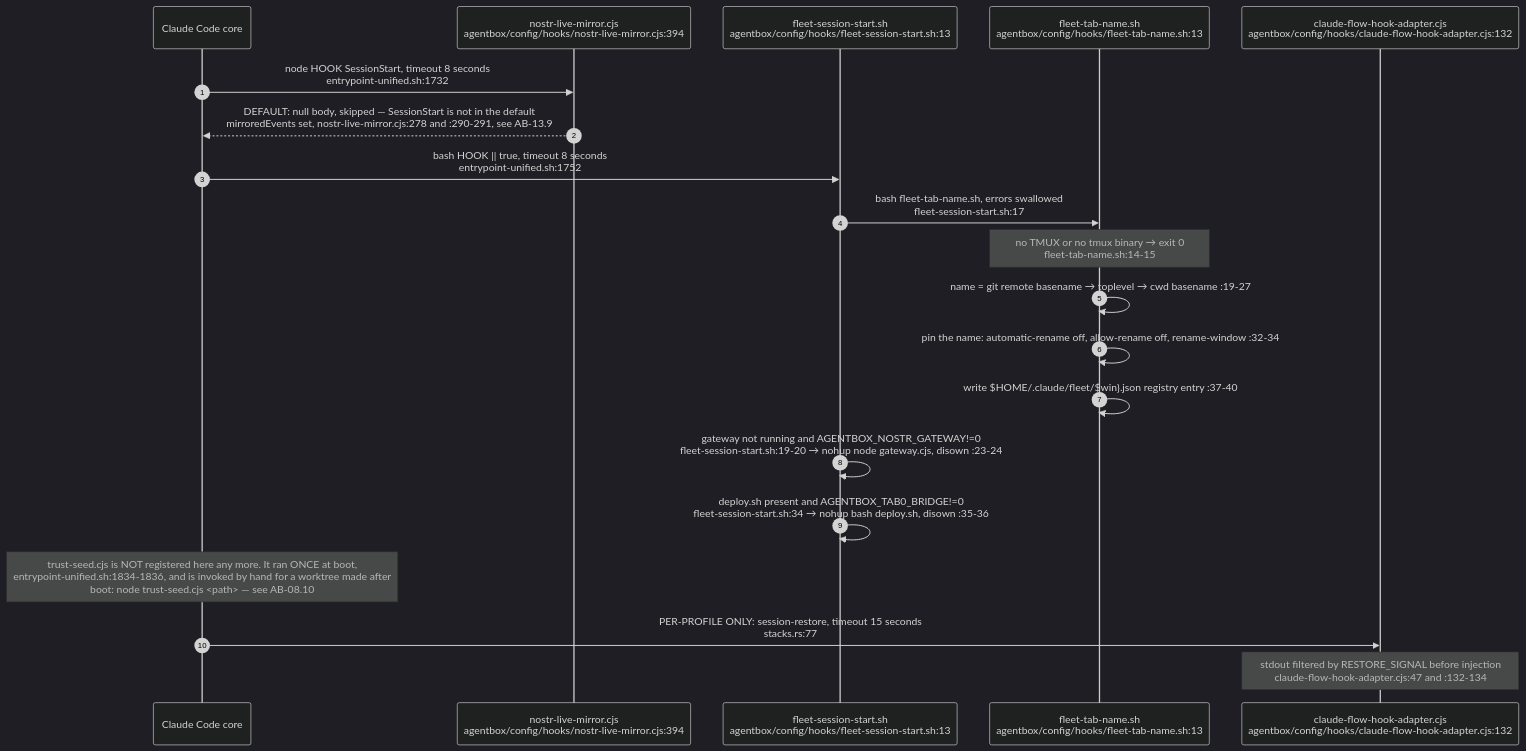
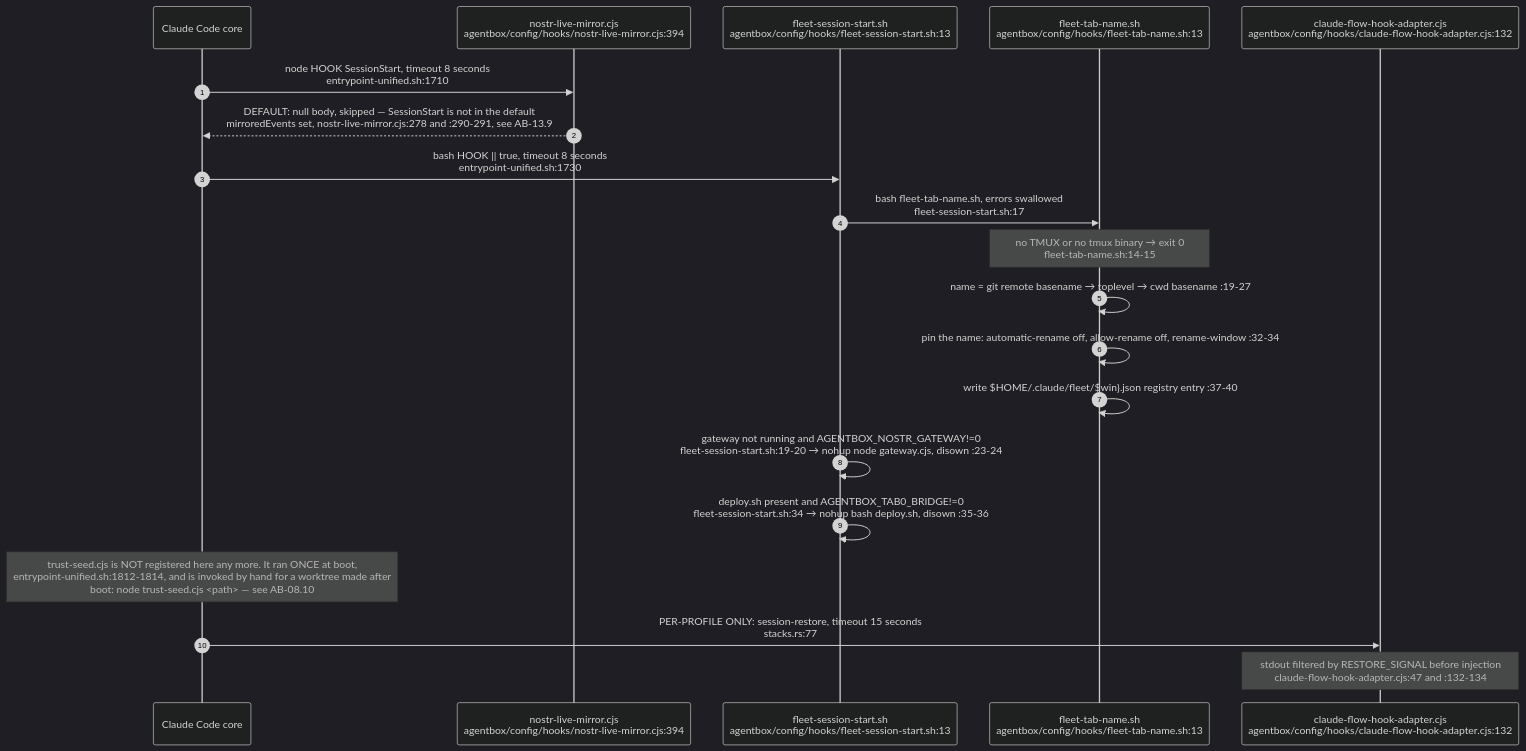
Before and after one commit to DreamLab-AI/VisionFlow: the fourth of 13 diagrams in docs/diagrams/agentbox/08-hooks-pipeline.md, drawn with Mermaid (dark theme). The commit also changed other lines of this file and 145 other files, not shown here.

````diff
--- a/docs/diagrams/agentbox/08-hooks-pipeline.md
+++ b/docs/diagrams/agentbox/08-hooks-pipeline.md
@@ -183,23 +184,23 @@
 ```mermaid
 sequenceDiagram
     autonumber
     participant CC as Claude Code core
     participant NM as nostr-live-mirror.cjs<br/>agentbox/config/hooks/nostr-live-mirror.cjs:394
     participant FS as fleet-session-start.sh<br/>agentbox/config/hooks/fleet-session-start.sh:13
     participant FTN as fleet-tab-name.sh<br/>agentbox/config/hooks/fleet-tab-name.sh:13
     participant AD as claude-flow-hook-adapter.cjs<br/>agentbox/config/hooks/claude-flow-hook-adapter.cjs:132
 
-    CC->>NM: node HOOK SessionStart, timeout 8 seconds<br/>entrypoint-unified.sh:1732
+    CC->>NM: node HOOK SessionStart, timeout 8 seconds<br/>entrypoint-unified.sh:1710
     NM-->>CC: DEFAULT: null body, skipped — SessionStart is not in the default<br/>mirroredEvents set, nostr-live-mirror.cjs:278 and :290-291, see AB-13.9
-    CC->>FS: bash HOOK #124;#124; true, timeout 8 seconds<br/>entrypoint-unified.sh:1752
+    CC->>FS: bash HOOK #124;#124; true, timeout 8 seconds<br/>entrypoint-unified.sh:1730
     FS->>FTN: bash fleet-tab-name.sh, errors swallowed<br/>fleet-session-start.sh:17
     Note over FTN: no TMUX or no tmux binary → exit 0<br/>fleet-tab-name.sh:14-15
     FTN->>FTN: name = git remote basename → toplevel → cwd basename :19-27
     FTN->>FTN: pin the name: automatic-rename off, allow-rename off, rename-window :32-34
     FTN->>FTN: write $HOME/.claude/fleet/#36;win#125;.json registry entry :37-40
     FS->>FS: gateway not running and AGENTBOX_NOSTR_GATEWAY!=0<br/>fleet-session-start.sh:19-20 → nohup node gateway.cjs, disown :23-24
     FS->>FS: deploy.sh present and AGENTBOX_TAB0_BRIDGE!=0<br/>fleet-session-start.sh:34 → nohup bash deploy.sh, disown :35-36
-    Note over CC: trust-seed.cjs is NOT registered here any more. It ran ONCE at boot,<br/>entrypoint-unified.sh:1834-1836, and is invoked by hand for a worktree made after<br/>boot: node trust-seed.cjs #60;path#62; — see AB-08.10
+    Note over CC: trust-seed.cjs is NOT registered here any more. It ran ONCE at boot,<br/>entrypoint-unified.sh:1812-1814, and is invoked by hand for a worktree made after<br/>boot: node trust-seed.cjs #60;path#62; — see AB-08.10
     CC->>AD: PER-PROFILE ONLY: session-restore, timeout 15 seconds<br/>stacks.rs:77
     Note over AD: stdout filtered by RESTORE_SIGNAL before injection<br/>claude-flow-hook-adapter.cjs:47 and :132-134
 ```
````
